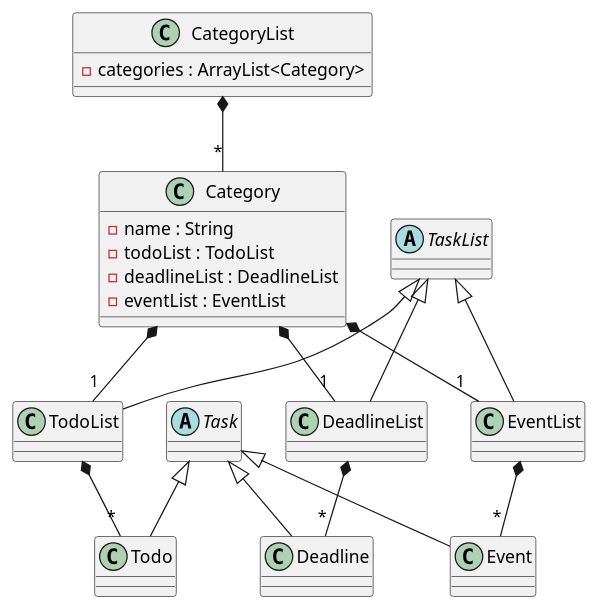
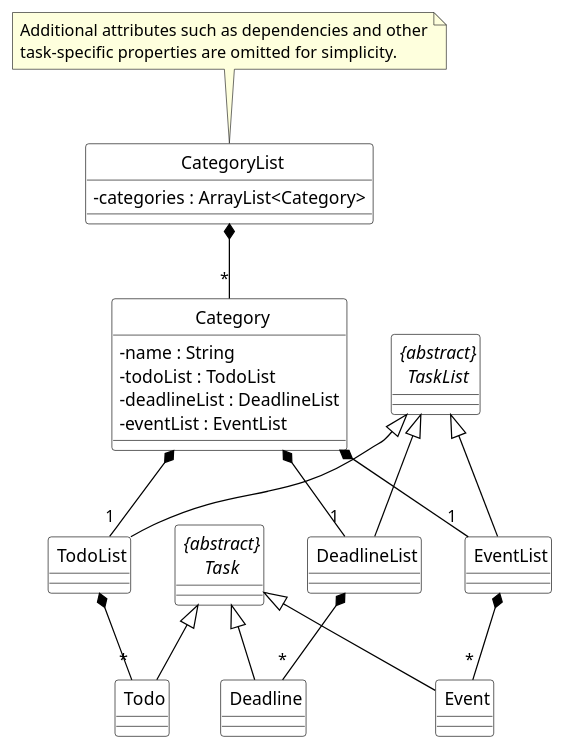
One commit to michaelshyam1/tp changed the diagram in docs/puml/CategoryListClassDiagram.puml. Above: the diagram before and after it, drawn with PlantUML. The commit also changed 4 other files, not shown here.

Commit message:
High level diagram for CategoryList

```diff
--- a/docs/puml/CategoryListClassDiagram.puml
+++ b/docs/puml/CategoryListClassDiagram.puml
@@ -1,43 +1,59 @@
 @startuml
+skinparam classAttributeIconSize 0
+skinparam CircledCharacterFontSize 0
+skinparam CircledCharacterRadius 0
+skinparam class {
+    BackgroundColor White
+    BorderColor Black
+    ArrowColor Black
+}
+
+
 
 class CategoryList {
     - categories : ArrayList<Category>
 }
+
+note top of CategoryList
+Additional attributes such as dependencies and other
+task-specific properties are omitted for simplicity.
+end note
 
 class Category {
     - name : String
     - todoList : TodoList
     - deadlineList : DeadlineList
     - eventList : EventList
 }
 
 class TodoList
 class DeadlineList
 class EventList
 
 class Todo
 class Deadline
 class Event
 
 ' Relationships
 CategoryList *-- "*" Category
 Category *-- "1" TodoList
 Category *-- "1" DeadlineList
 Category *-- "1" EventList
 
 TodoList *-- "*" Todo
 DeadlineList *-- "*" Deadline
 EventList *-- "*" Event
 
 ' Inheritance
-abstract class Task
+abstract class "{abstract}\nTask" as Task
 Task <|-- Todo
 Task <|-- Deadline
 Task <|-- Event
 
-abstract class TaskList
+abstract class "{abstract}\nTaskList" as TaskList
 TaskList <|-- TodoList
 TaskList <|-- DeadlineList
 TaskList <|-- EventList
 
+
 @enduml
```
